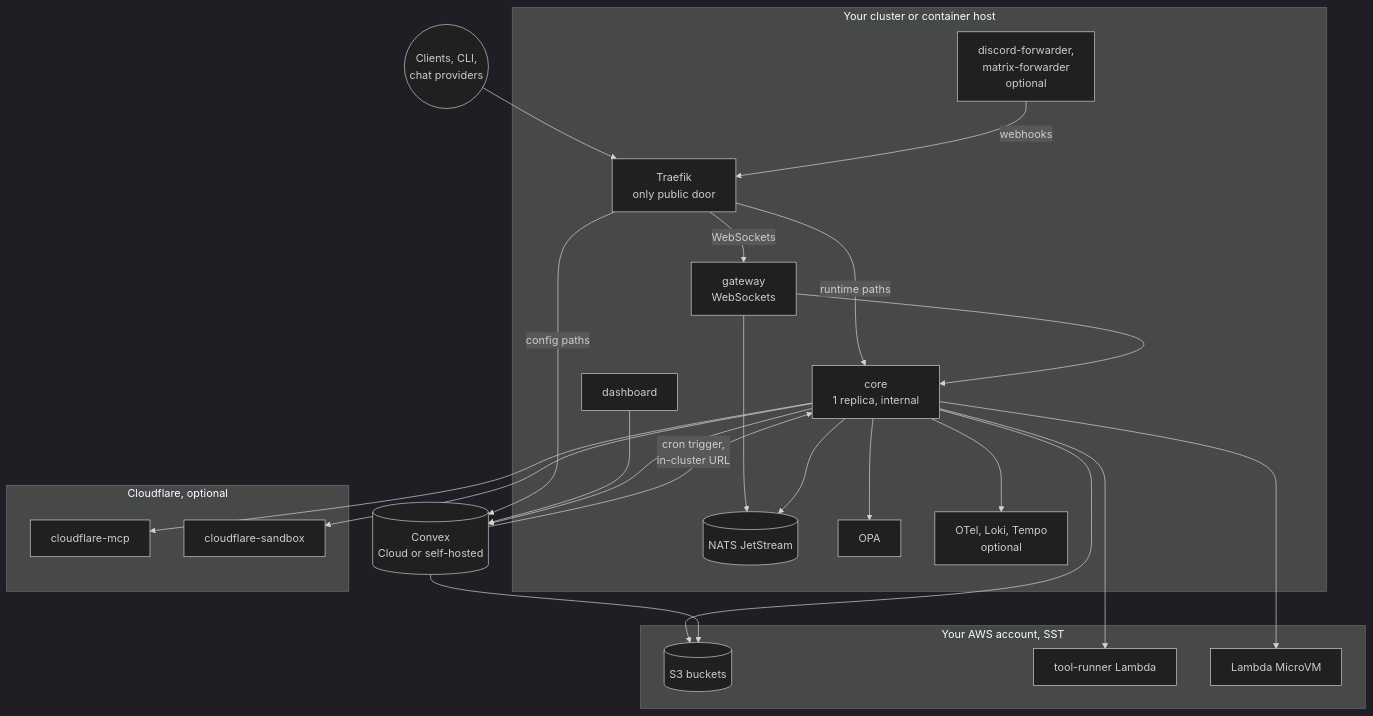
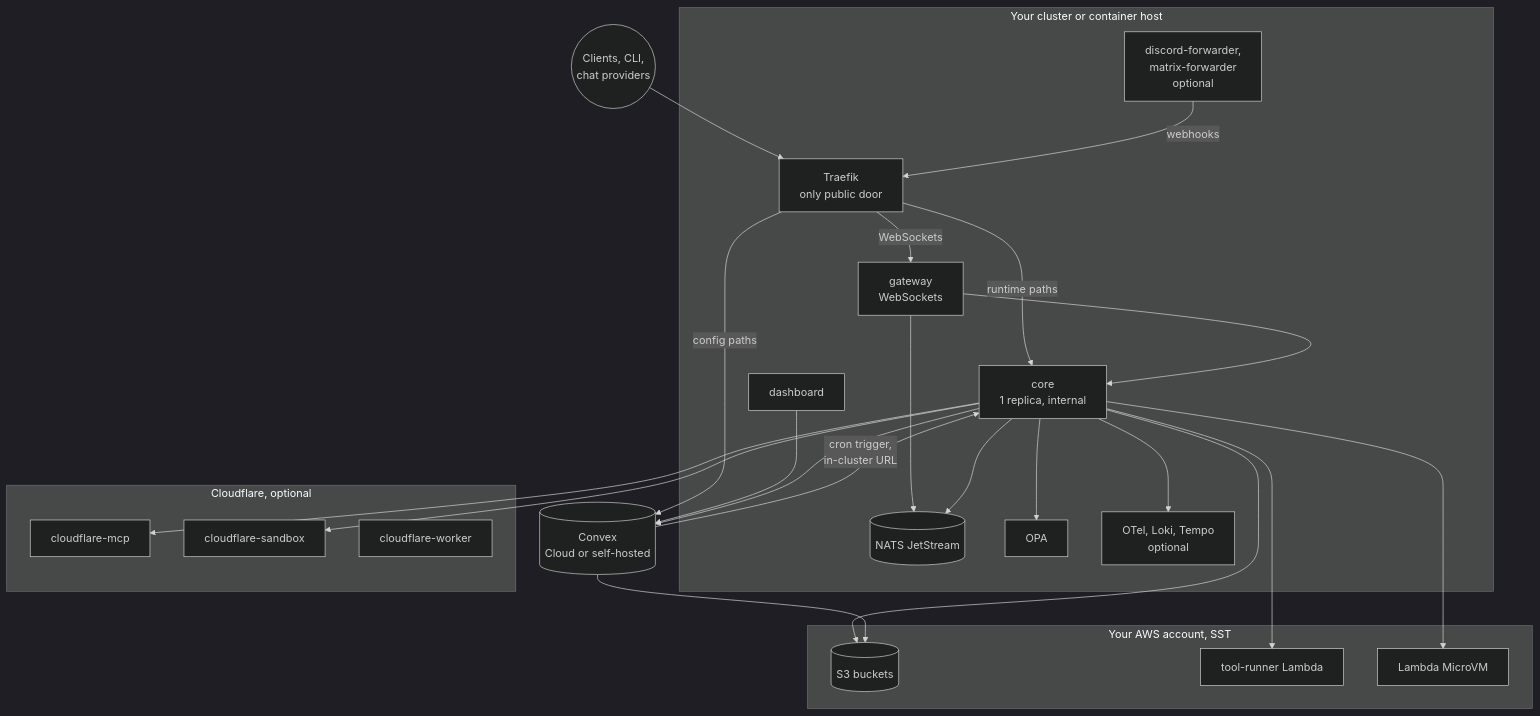
One commit to beeblastco/broods changed the first of 6 diagrams in apps/docs/docs/internals/self-hosting.md. Above: the diagram before and after it, drawn with Mermaid (dark theme). The commit also changed other lines of this file and 22 other files, not shown here.

````diff
--- a/apps/docs/docs/internals/self-hosting.md
+++ b/apps/docs/docs/internals/self-hosting.md
@@ -7,48 +7,49 @@
 ```mermaid
 flowchart TB
   Users(("Clients, CLI,<br/>chat providers"))
 
   subgraph host["Your cluster or container host"]
     Traefik["Traefik<br/>only public door"]
     Core["core<br/>1 replica, internal"]
     Gateway["gateway<br/>WebSockets"]
     Dashboard["dashboard"]
     NATS[("NATS JetStream")]
     OPA["OPA"]
     Obs["OTel, Loki, Tempo<br/>optional"]
     Fwd["discord-forwarder,<br/>matrix-forwarder<br/>optional"]
   end
 
   Convex[("Convex<br/>Cloud or self-hosted")]
 
   subgraph aws["Your AWS account, SST"]
     S3[("S3 buckets")]
     Lambda["tool-runner Lambda"]
     MicroVM["Lambda MicroVM"]
   end
 
   subgraph cf["Cloudflare, optional"]
     McpW["cloudflare-mcp"]
     SbxW["cloudflare-sandbox"]
+    IsoW["cloudflare-worker"]
   end
 
   Users --> Traefik
   Traefik -->|runtime paths| Core
   Traefik -->|config paths| Convex
   Traefik -->|WebSockets| Gateway
   Gateway --> Core
   Gateway --> NATS
   Dashboard --> Convex
   Core --> Convex
   Convex -->|"cron trigger,<br/>in-cluster URL"| Core
   Core --> NATS
   Core --> OPA
   Core --> Obs
   Core --> S3
   Core --> Lambda
   Core --> MicroVM
   Convex --> S3
   Fwd -->|webhooks| Traefik
   Core --> McpW
   Core --> SbxW
 ```
````
